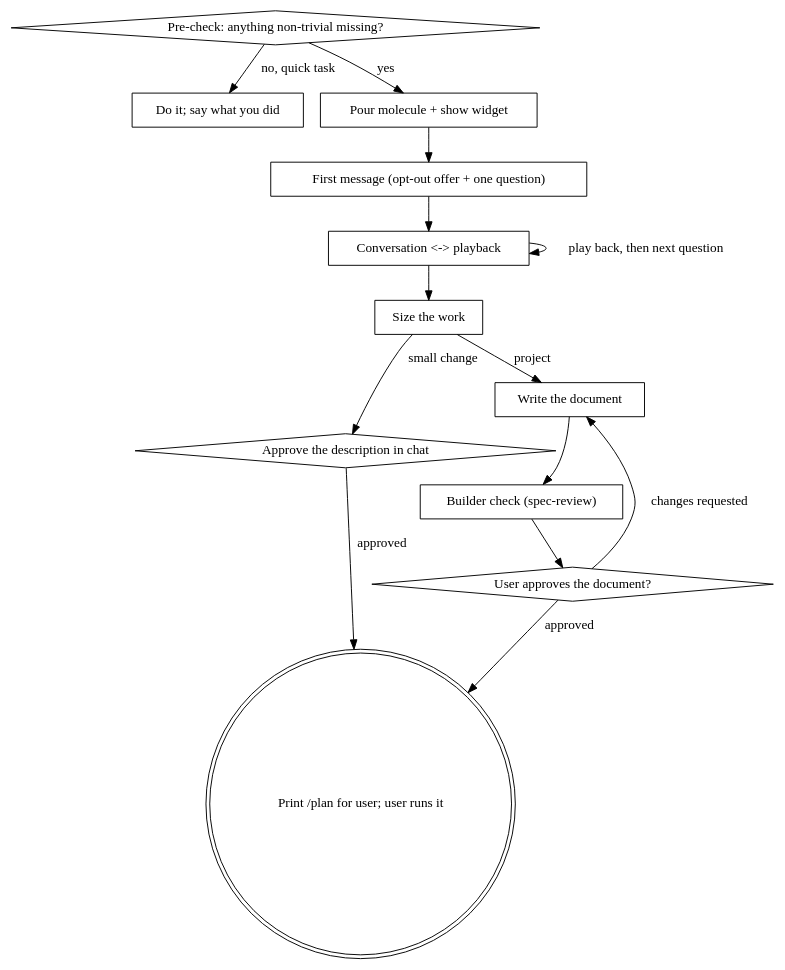
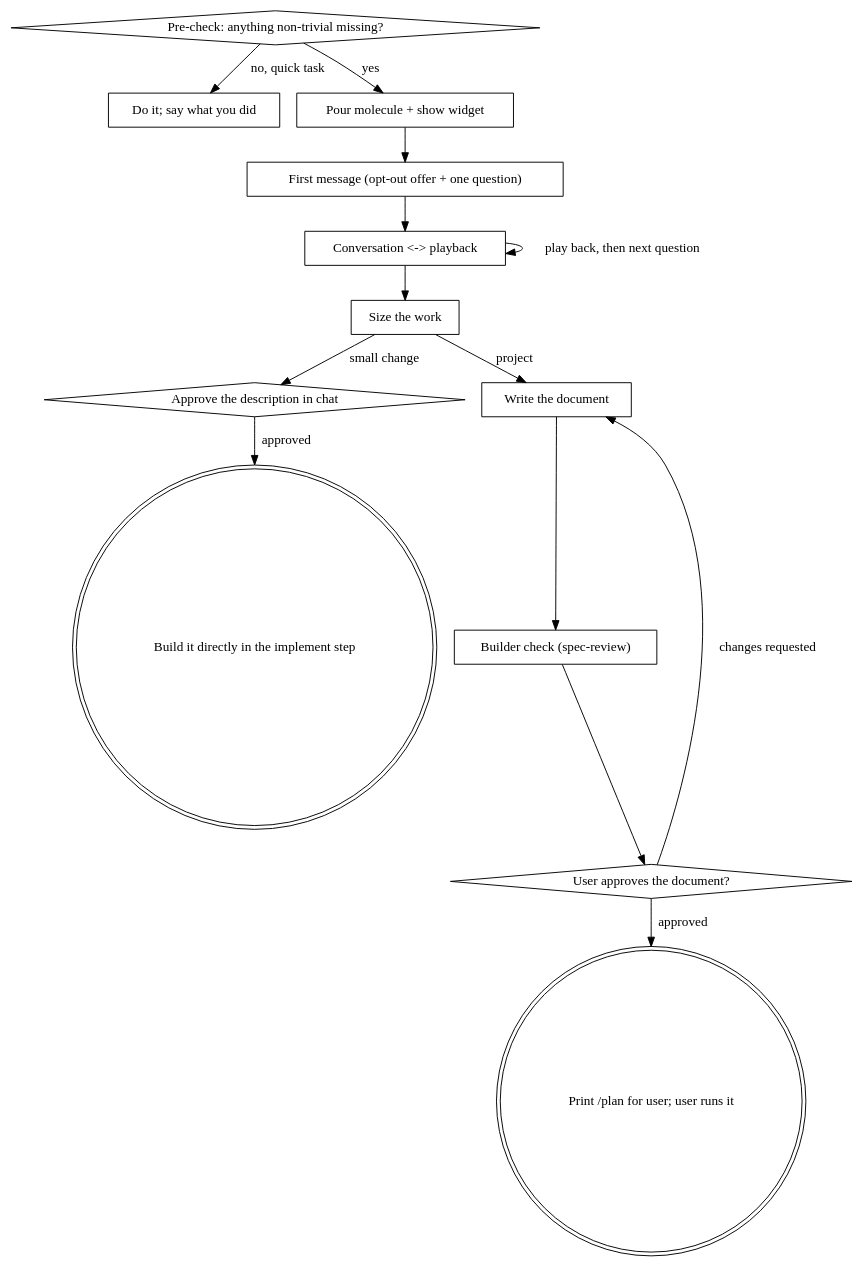
The diagram in packages/pi-superpowers-plus/skills/brainstorming/reference/process-flow.md (johnstegeman/pi-packages), drawn with Graphviz before and after one commit. The commit also changed other lines of this file and 12 other files, not shown here.

````diff
--- a/packages/pi-superpowers-plus/skills/brainstorming/reference/process-flow.md
+++ b/packages/pi-superpowers-plus/skills/brainstorming/reference/process-flow.md
@@ -3,29 +3,30 @@
 ```dot
 digraph brainstorming {
     "Pre-check: anything non-trivial missing?" [shape=diamond];
     "Do it; say what you did" [shape=box];
     "Pour molecule + show widget" [shape=box];
     "First message (opt-out offer + one question)" [shape=box];
     "Conversation <-> playback" [shape=box];
     "Size the work" [shape=box];
     "Approve the description in chat" [shape=diamond];
     "Write the document" [shape=box];
     "Builder check (spec-review)" [shape=box];
     "User approves the document?" [shape=diamond];
     "Print /plan for user; user runs it" [shape=doublecircle];
+    "Build it directly in the implement step" [shape=doublecircle];
 
     "Pre-check: anything non-trivial missing?" -> "Do it; say what you did" [label="no, quick task"];
     "Pre-check: anything non-trivial missing?" -> "Pour molecule + show widget" [label="yes"];
     "Pour molecule + show widget" -> "First message (opt-out offer + one question)";
     "First message (opt-out offer + one question)" -> "Conversation <-> playback";
     "Conversation <-> playback" -> "Conversation <-> playback" [label="play back, then next question"];
     "Conversation <-> playback" -> "Size the work";
     "Size the work" -> "Approve the description in chat" [label="small change"];
     "Size the work" -> "Write the document" [label="project"];
-    "Approve the description in chat" -> "Print /plan for user; user runs it" [label="approved"];
+    "Approve the description in chat" -> "Build it directly in the implement step" [label="approved"];
     "Write the document" -> "Builder check (spec-review)";
     "Builder check (spec-review)" -> "User approves the document?";
     "User approves the document?" -> "Write the document" [label="changes requested"];
     "User approves the document?" -> "Print /plan for user; user runs it" [label="approved"];
 }
 ```
````
